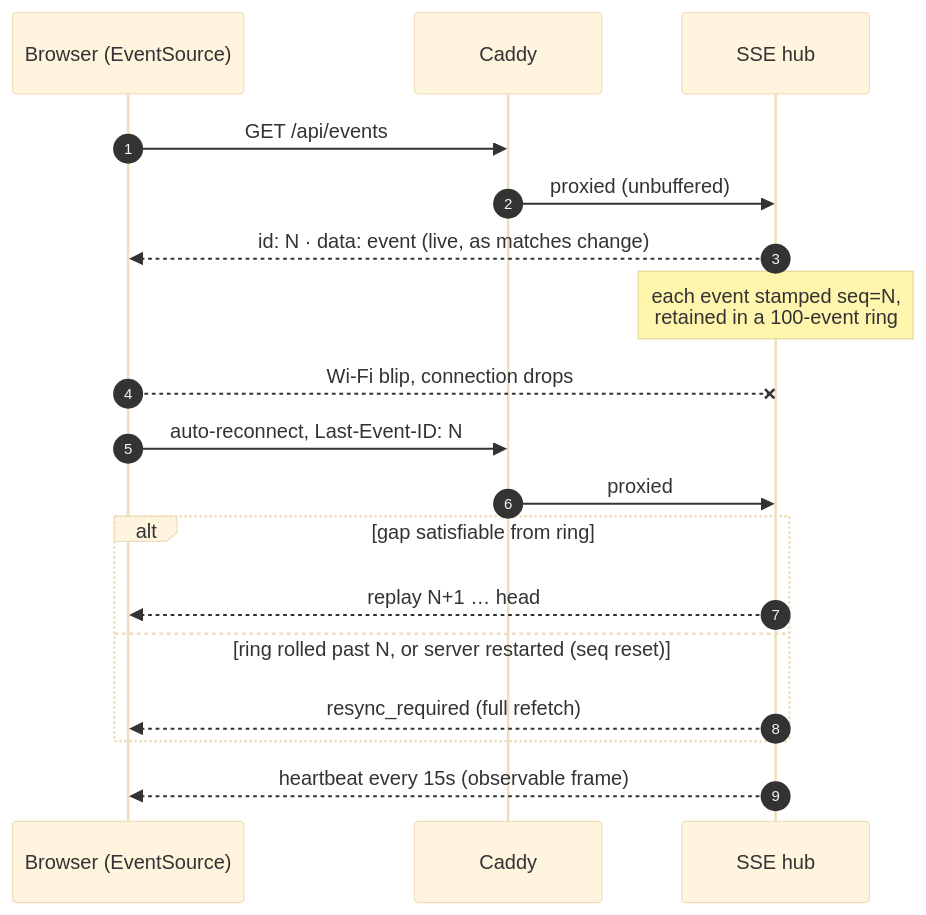
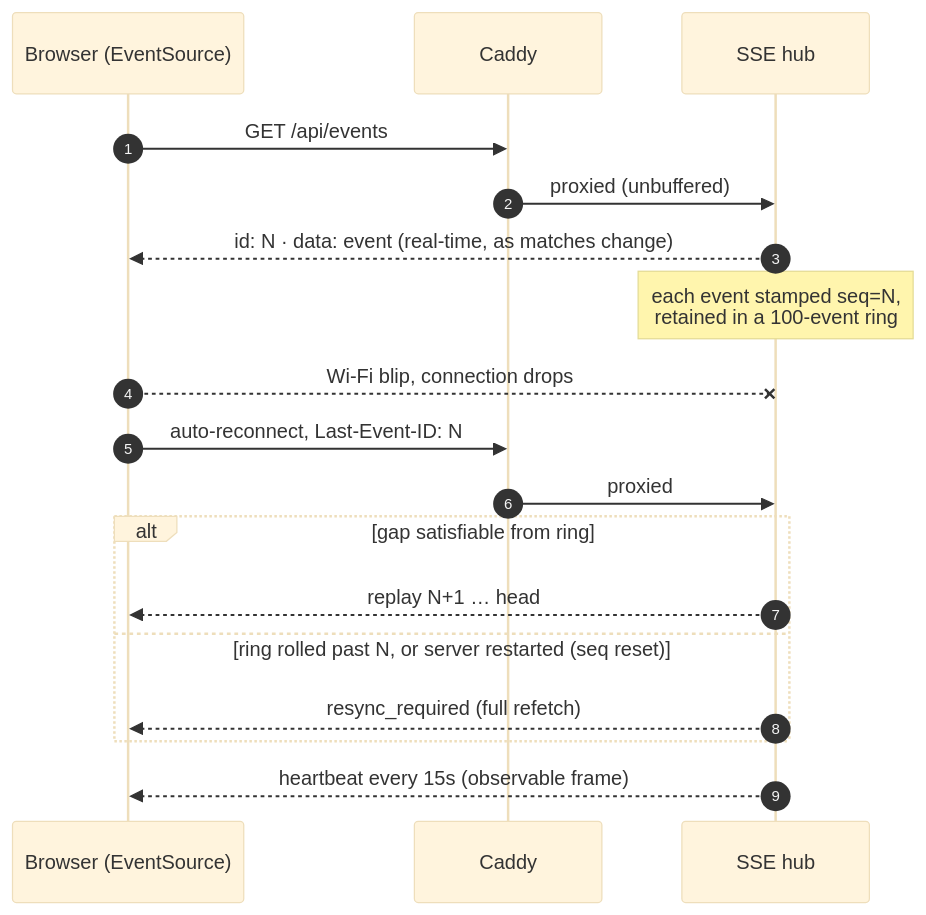
The third of 6 diagrams in docs/architecture/network-architecture.md (gitrgoliveira/bracket-creator), drawn with Mermaid (base theme) before and after one commit. The commit also changed other lines of this file and 20 other files, not shown here.

````diff
--- a/docs/architecture/network-architecture.md
+++ b/docs/architecture/network-architecture.md
@@ -73,21 +73,21 @@
 ```mermaid
 sequenceDiagram
     autonumber
     participant B as Browser (EventSource)
     participant C as Caddy
     participant H as SSE hub
 
     B->>C: GET /api/events
     C->>H: proxied (unbuffered)
-    H-->>B: id: N · data: event   (live, as matches change)
+    H-->>B: id: N · data: event   (real-time, as matches change)
     Note over H: each event stamped seq=N,<br/>retained in a 100-event ring
     B--xH: Wi-Fi blip, connection drops
     B->>C: auto-reconnect, Last-Event-ID: N
     C->>H: proxied
     alt gap satisfiable from ring
         H-->>B: replay N+1 … head
     else ring rolled past N, or server restarted (seq reset)
         H-->>B: resync_required (full refetch)
     end
     H-->>B: heartbeat every 15s (observable frame)
 ```
````
